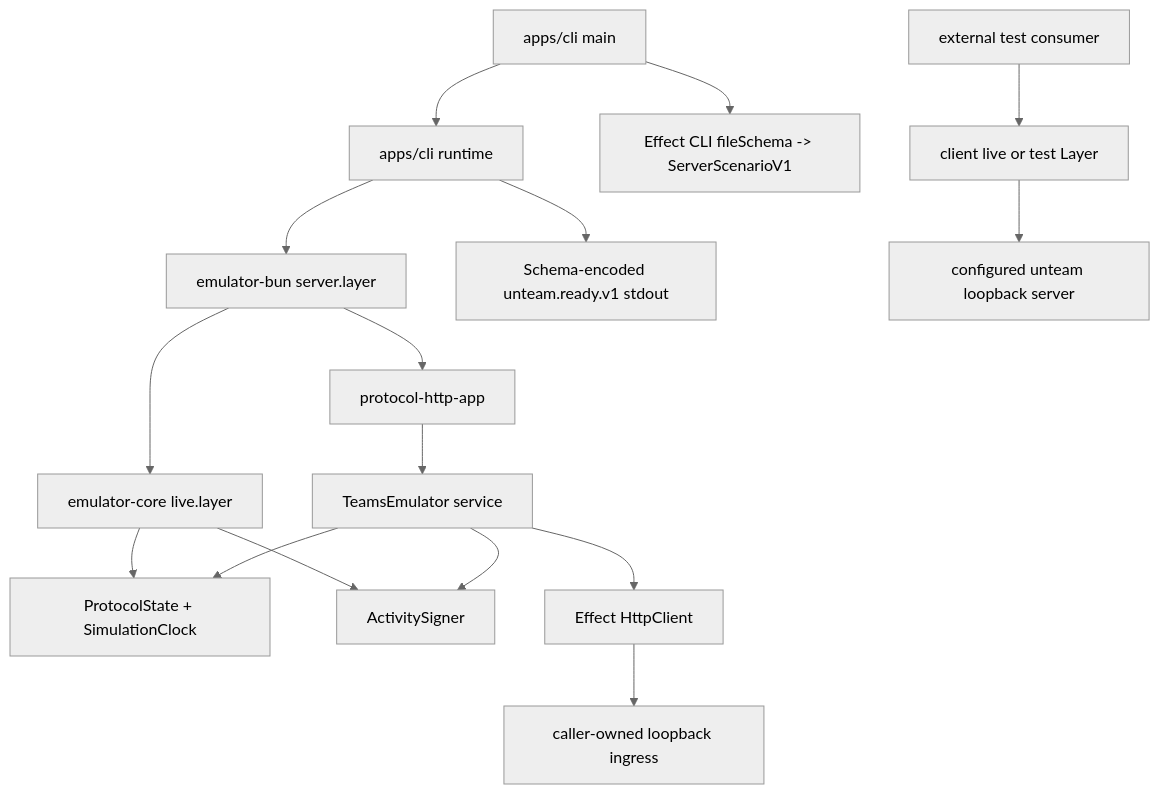
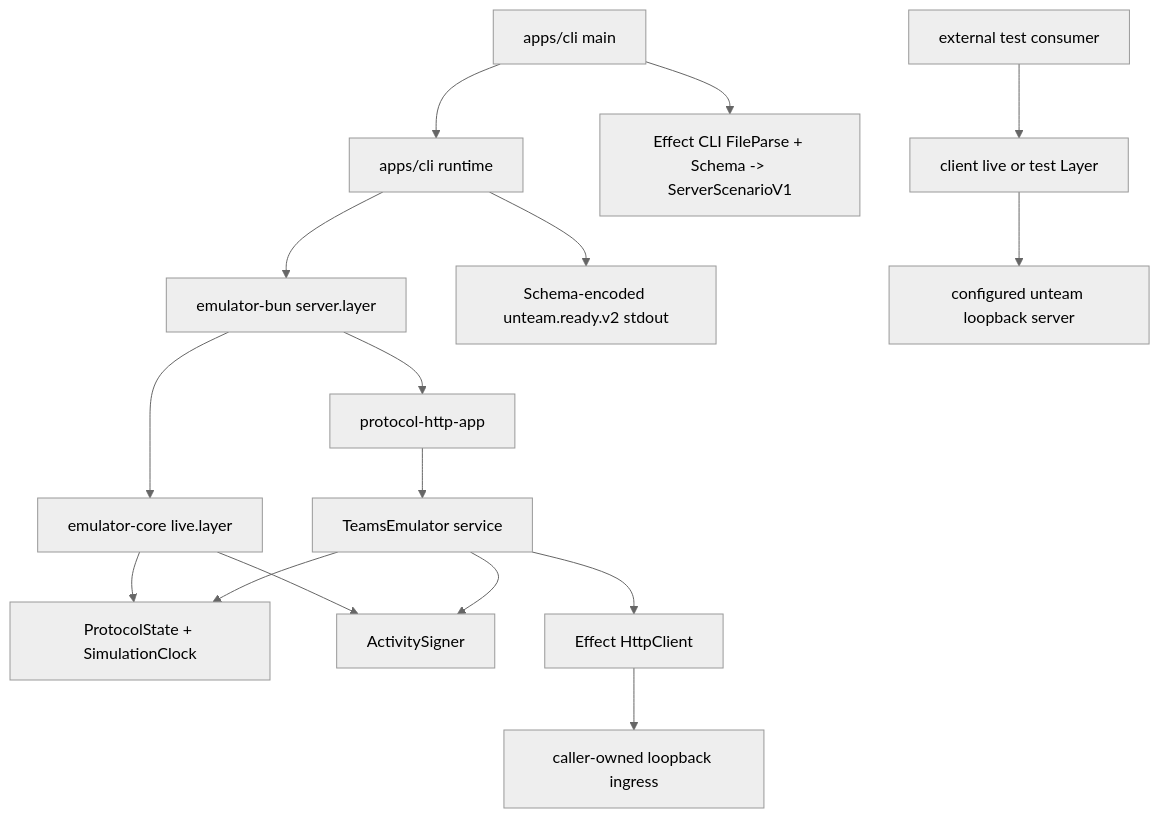
The diagram in docs/architecture/owners.md (crcorbett/unteam), drawn with Mermaid (neutral theme) before and after one commit. The commit also changed other lines of this file and 51 other files, not shown here.

Commit message:
feat: retain Unteam traffic logs and strengthen Effect boundaries

````diff
--- a/docs/architecture/owners.md
+++ b/docs/architecture/owners.md
@@ -14,18 +14,18 @@
 ```mermaid
 flowchart TD
   CLI["apps/cli main"] --> Runtime["apps/cli runtime"]
-  CLI --> Scenario["Effect CLI fileSchema -> ServerScenarioV1"]
+  CLI --> Scenario["Effect CLI FileParse + Schema -> ServerScenarioV1"]
   Runtime --> BunHost["emulator-bun server.layer"]
-  Runtime --> Ready["Schema-encoded unteam.ready.v1 stdout"]
+  Runtime --> Ready["Schema-encoded unteam.ready.v2 stdout"]
   BunHost --> CoreLayer["emulator-core live.layer"]
   CoreLayer --> State["ProtocolState + SimulationClock"]
   CoreLayer --> Signer["ActivitySigner"]
   BunHost --> Router["protocol-http-app"]
   Router --> CoreService["TeamsEmulator service"]
   CoreService --> State
   CoreService --> Signer
   CoreService --> Client["Effect HttpClient"]
   Client --> Ingress["caller-owned loopback ingress"]
   Consumer["external test consumer"] --> ClientLayer["client live or test Layer"]
   ClientLayer --> Standalone["configured unteam loopback server"]
 ```
````
